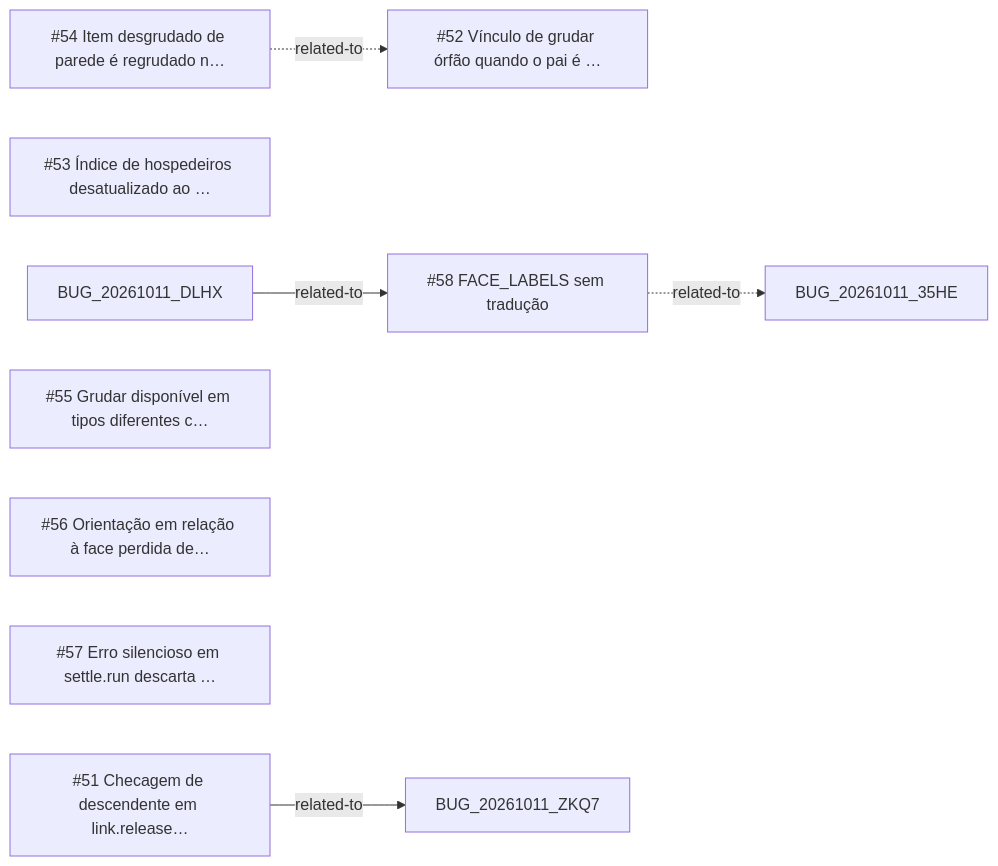
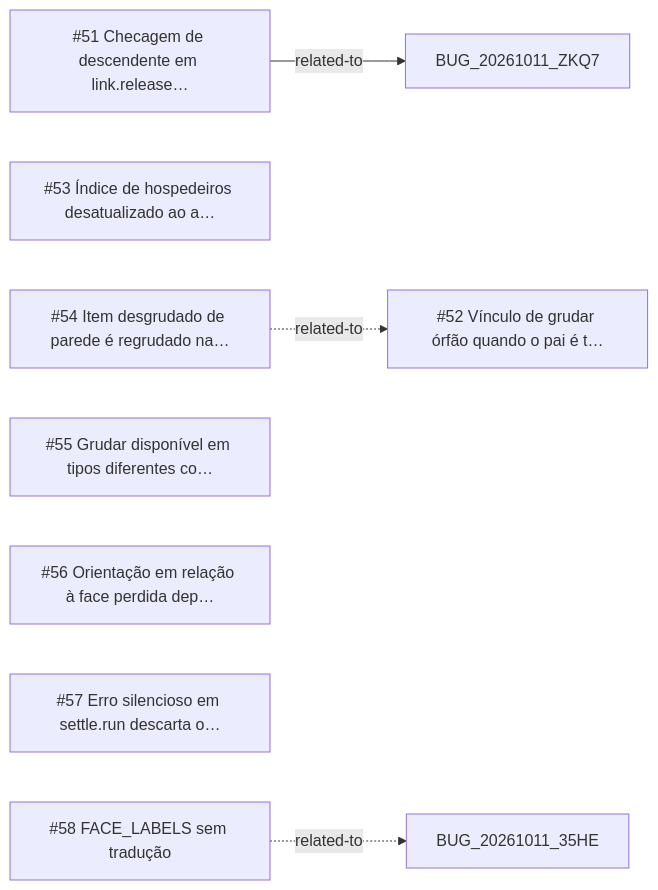
One commit to CAFFDIGITALPLATFORM/caffmob_draw changed the diagram in _reversa_bugs/stick/generated/graph.md. Above: the diagram before and after it, drawn with Mermaid. The commit also changed other lines of this file and 220 other files, not shown here.

````diff
--- a/_reversa_bugs/stick/generated/graph.md
+++ b/_reversa_bugs/stick/generated/graph.md
@@ -5,15 +5,14 @@
 ```mermaid
 graph LR
   BUG_20261011_VVEJ["#51 Checagem de descendente em link.release…"]
-  BUG_20261011_XPD2["#52 Vínculo de grudar órfão quando o pai é …"]
-  BUG_20261011_XF4S["#53 Índice de hospedeiros desatualizado ao …"]
-  BUG_20261011_73SM["#54 Item desgrudado de parede é regrudado n…"]
-  BUG_20261011_EE4E["#55 Grudar disponível em tipos diferentes c…"]
-  BUG_20261011_I3I3["#56 Orientação em relação à face perdida de…"]
-  BUG_20261011_TNY3["#57 Erro silencioso em settle.run descarta …"]
+  BUG_20261011_XPD2["#52 Vínculo de grudar órfão quando o pai é t…"]
+  BUG_20261011_XF4S["#53 Índice de hospedeiros desatualizado ao a…"]
+  BUG_20261011_73SM["#54 Item desgrudado de parede é regrudado na…"]
+  BUG_20261011_EE4E["#55 Grudar disponível em tipos diferentes co…"]
+  BUG_20261011_I3I3["#56 Orientação em relação à face perdida dep…"]
+  BUG_20261011_TNY3["#57 Erro silencioso em settle.run descarta o…"]
   BUG_20261011_JKLK["#58 FACE_LABELS sem tradução"]
-  BUG_20261011_DLHX -->|related-to| BUG_20261011_JKLK
+  BUG_20261011_VVEJ -->|related-to| BUG_20261011_ZKQ7
   BUG_20261011_73SM -.->|related-to| BUG_20261011_XPD2
   BUG_20261011_JKLK -.->|related-to| BUG_20261011_35HE
-  BUG_20261011_VVEJ -->|related-to| BUG_20261011_ZKQ7
 ```
````
